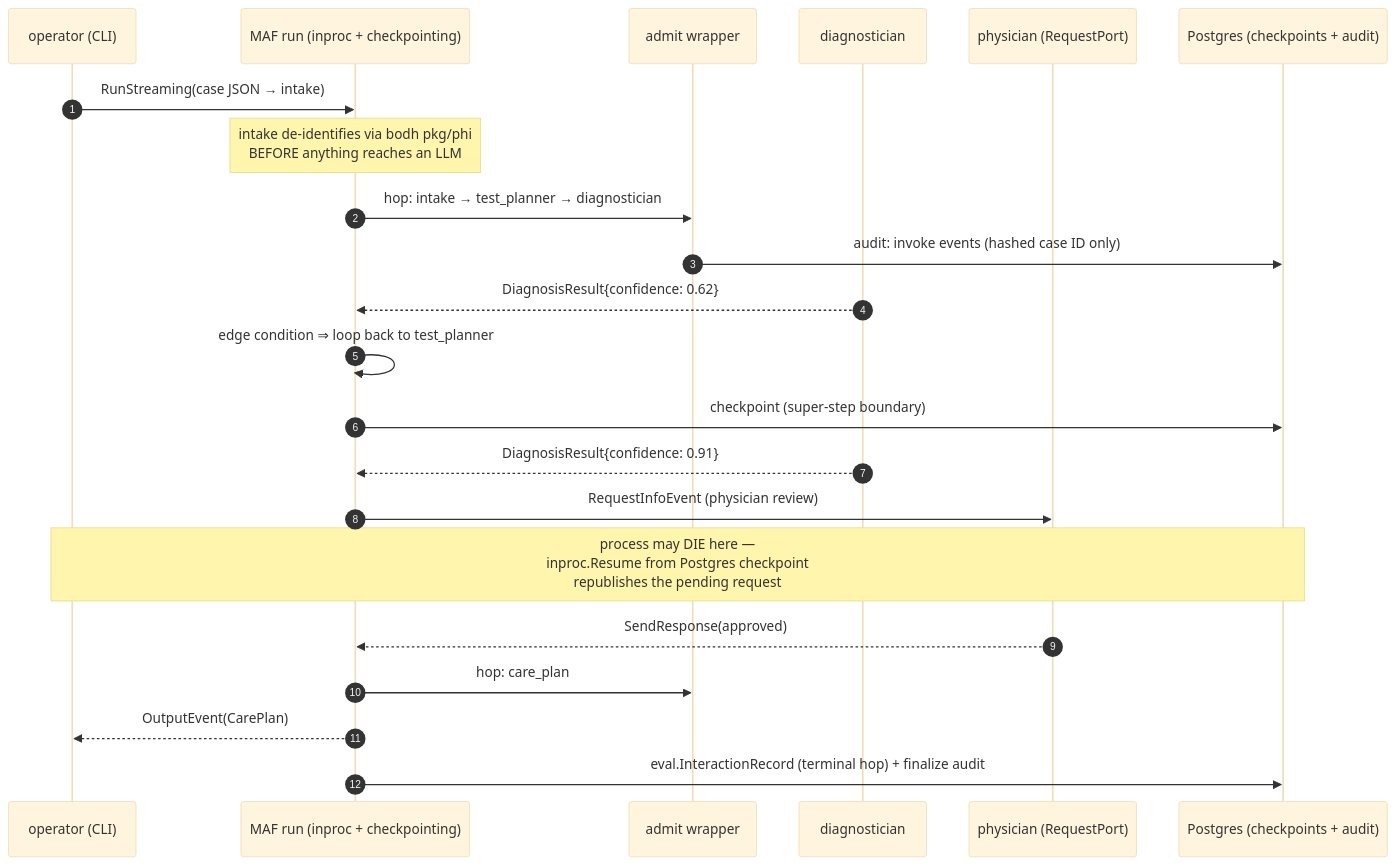
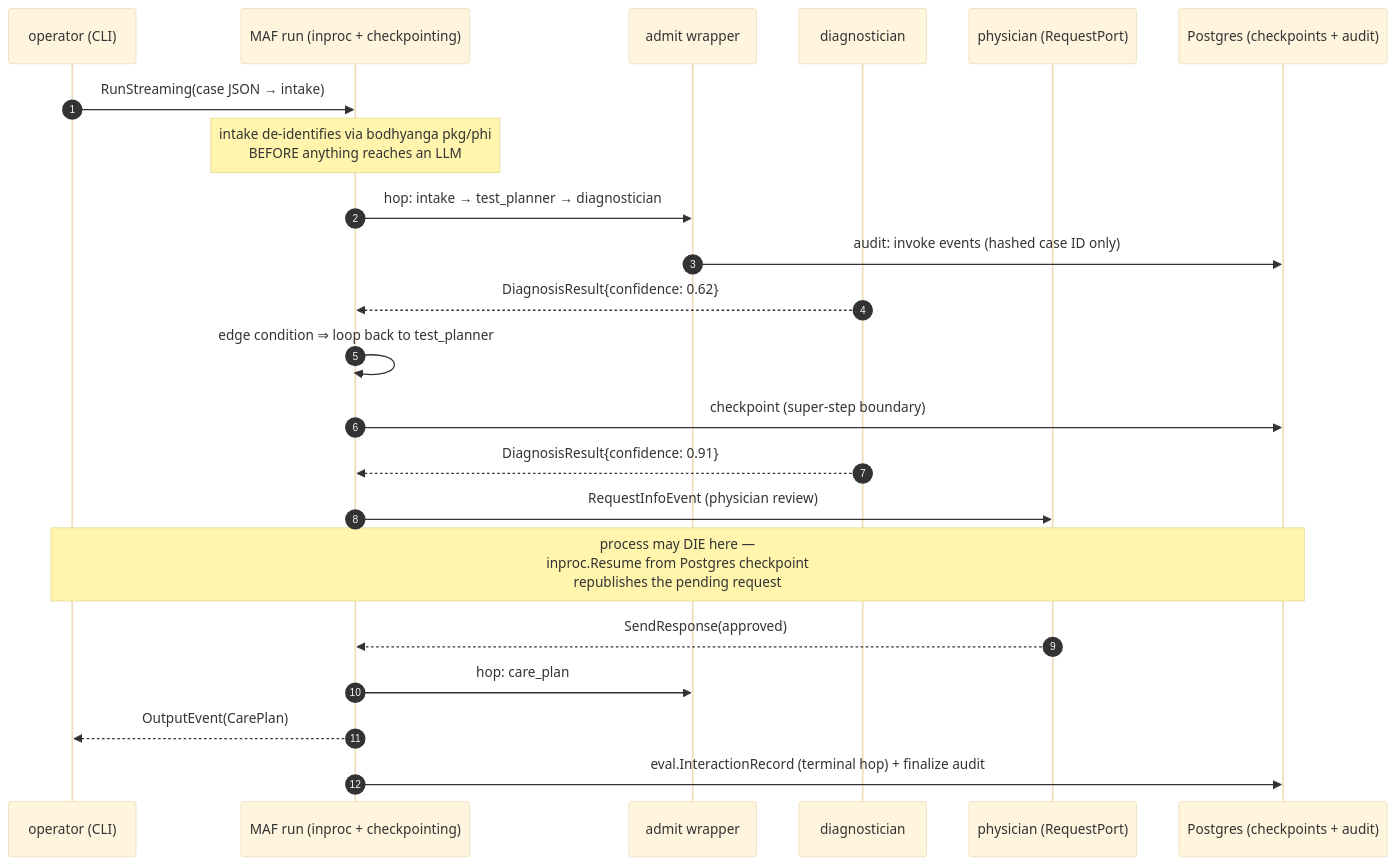
One commit to PratikDhanave/bodhyanga changed the second of 2 diagrams in maf/architecture.md. Above: the diagram before and after it, drawn with Mermaid (base theme). The commit also changed other lines of this file and 672 other files, not shown here.

First line of the commit message:
chore: rename project bodh -> bodhyanga everywhere

````diff
--- a/maf/architecture.md
+++ b/maf/architecture.md
@@ -157,25 +157,25 @@
 ```mermaid
 sequenceDiagram
     autonumber
     participant U as operator (CLI)
     participant W as MAF run (inproc + checkpointing)
     participant G as admit wrapper
     participant DX as diagnostician
     participant P as physician (RequestPort)
     participant PG as Postgres (checkpoints + audit)
 
     U->>W: RunStreaming(case JSON → intake)
-    Note over W: intake de-identifies via bodh pkg/phi<br/>BEFORE anything reaches an LLM
+    Note over W: intake de-identifies via bodhyanga pkg/phi<br/>BEFORE anything reaches an LLM
     W->>G: hop: intake → test_planner → diagnostician
     G->>PG: audit: invoke events (hashed case ID only)
     DX-->>W: DiagnosisResult{confidence: 0.62}
     W->>W: edge condition ⇒ loop back to test_planner
     W->>PG: checkpoint (super-step boundary)
     DX-->>W: DiagnosisResult{confidence: 0.91}
     W->>P: RequestInfoEvent (physician review)
     Note over U,PG: process may DIE here —<br/>inproc.Resume from Postgres checkpoint<br/>republishes the pending request
     P-->>W: SendResponse(approved)
     W->>G: hop: care_plan
     W-->>U: OutputEvent(CarePlan)
     W->>PG: eval.InteractionRecord (terminal hop) + finalize audit
 ```
````
